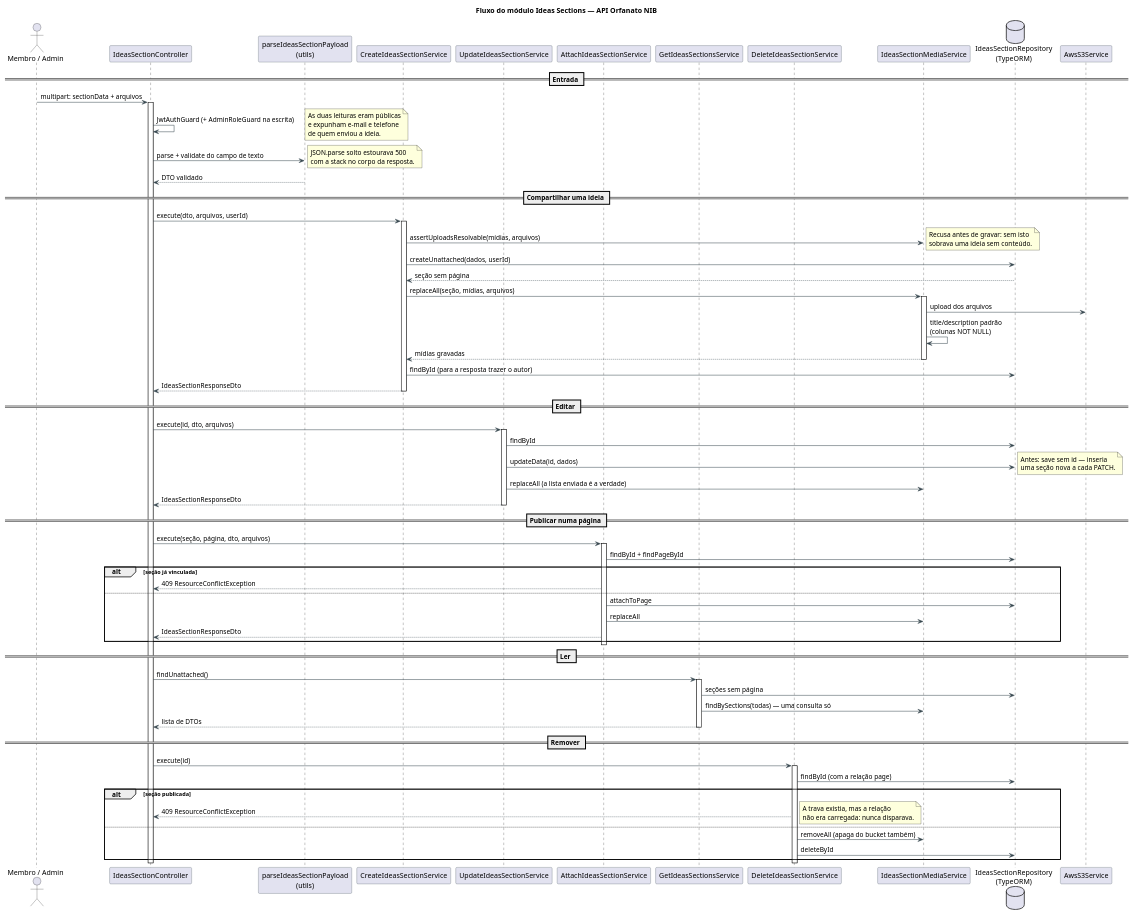
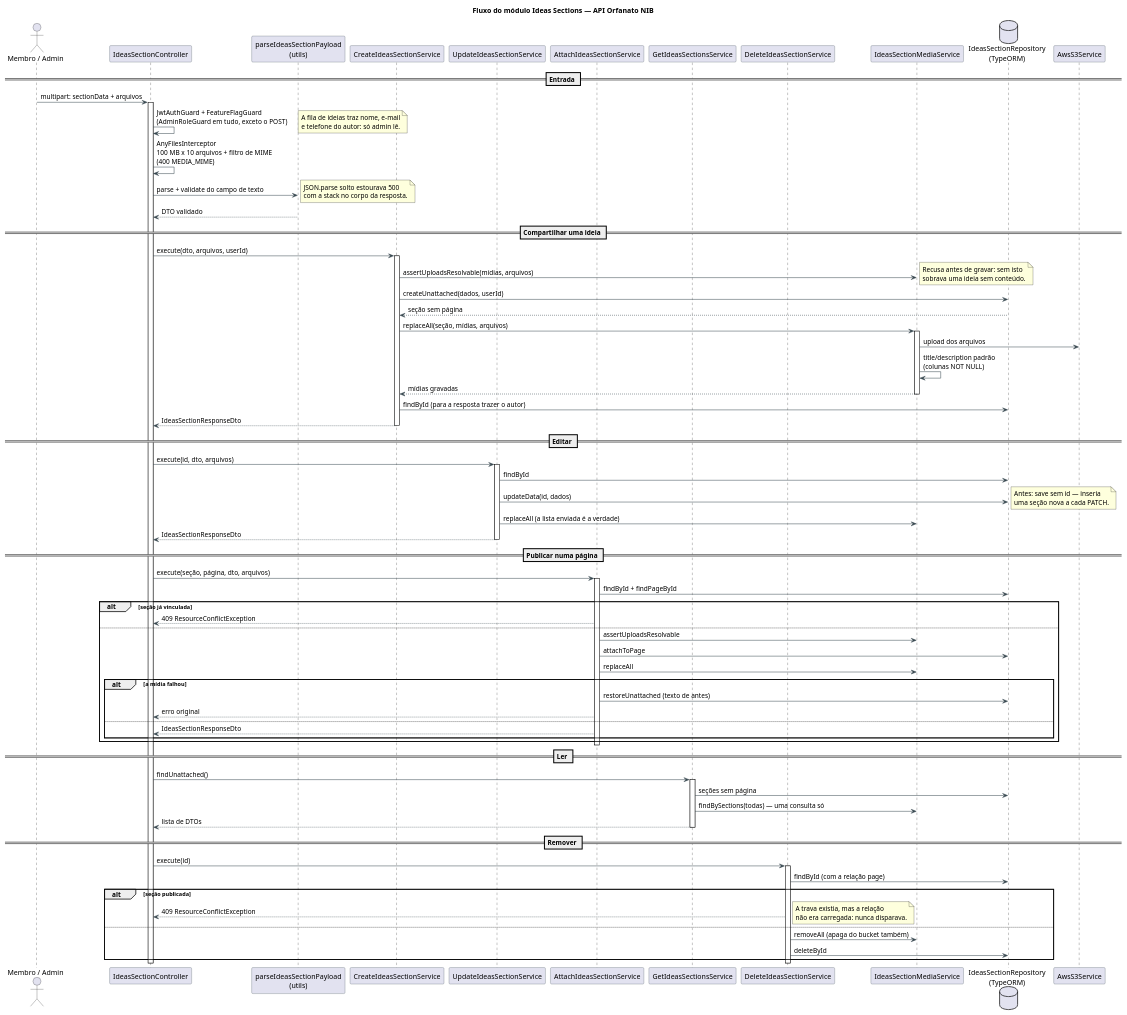
The diagram in docs/diagrams/flow/ideas-sections/ideas-sections-flow.puml (orfanatonib/orfanatonib-api), drawn with PlantUML before and after one commit. The commit also changed 111 other files, not shown here.

First line of the commit message:
feat(pages): conclui planos 30-34 (ideias, image-section, image/video/ideas page)

```diff
--- a/docs/diagrams/flow/ideas-sections/ideas-sections-flow.puml
+++ b/docs/diagrams/flow/ideas-sections/ideas-sections-flow.puml
@@ -1,108 +1,114 @@
 @startuml ideas-sections-flow
 title Fluxo do módulo Ideas Sections — API Orfanato NIB
 
 skinparam shadowing false
 skinparam defaultFontName Helvetica
 skinparam ArrowColor #37474F
 skinparam ParticipantBorderColor #37474F
 
 actor "Membro / Admin" as Client
 participant "IdeasSectionController" as Controller
 participant "parseIdeasSectionPayload\n(utils)" as Payload
 participant "CreateIdeasSectionService" as Create
 participant "UpdateIdeasSectionService" as Update
 participant "AttachIdeasSectionService" as Attach
 participant "GetIdeasSectionsService" as Get
 participant "DeleteIdeasSectionService" as Delete
 participant "IdeasSectionMediaService" as Media
 database "IdeasSectionRepository\n(TypeORM)" as Repo
 participant "AwsS3Service" as S3
 
 == Entrada ==
 Client -> Controller : multipart: sectionData + arquivos
 activate Controller
-Controller -> Controller : JwtAuthGuard (+ AdminRoleGuard na escrita)
+Controller -> Controller : JwtAuthGuard + FeatureFlagGuard\n(AdminRoleGuard em tudo, exceto o POST)
 note right
-  As duas leituras eram públicas
-  e expunham e-mail e telefone
-  de quem enviou a ideia.
+  A fila de ideias traz nome, e-mail
+  e telefone do autor: só admin lê.
 end note
+Controller -> Controller : AnyFilesInterceptor\n100 MB x 10 arquivos + filtro de MIME\n(400 MEDIA_MIME)
 Controller -> Payload : parse + validate do campo de texto
 note right
   JSON.parse solto estourava 500
   com a stack no corpo da resposta.
 end note
 Payload --> Controller : DTO validado
 
 == Compartilhar uma ideia ==
 Controller -> Create : execute(dto, arquivos, userId)
 activate Create
 Create -> Media : assertUploadsResolvable(mídias, arquivos)
 note right
   Recusa antes de gravar: sem isto
   sobrava uma ideia sem conteúdo.
 end note
 Create -> Repo : createUnattached(dados, userId)
 Repo --> Create : seção sem página
 Create -> Media : replaceAll(seção, mídias, arquivos)
 activate Media
 Media -> S3 : upload dos arquivos
 Media -> Media : title/description padrão\n(colunas NOT NULL)
 Media --> Create : mídias gravadas
 deactivate Media
 Create -> Repo : findById (para a resposta trazer o autor)
 Create --> Controller : IdeasSectionResponseDto
 deactivate Create
 
 == Editar ==
 Controller -> Update : execute(id, dto, arquivos)
 activate Update
 Update -> Repo : findById
 Update -> Repo : updateData(id, dados)
 note right
   Antes: save sem id — inseria
   uma seção nova a cada PATCH.
 end note
 Update -> Media : replaceAll (a lista enviada é a verdade)
 Update --> Controller : IdeasSectionResponseDto
 deactivate Update
 
 == Publicar numa página ==
 Controller -> Attach : execute(seção, página, dto, arquivos)
 activate Attach
 Attach -> Repo : findById + findPageById
 alt seção já vinculada
   Attach --> Controller : 409 ResourceConflictException
 else
+  Attach -> Media : assertUploadsResolvable
   Attach -> Repo : attachToPage
   Attach -> Media : replaceAll
-  Attach --> Controller : IdeasSectionResponseDto
+  alt a mídia falhou
+    Attach -> Repo : restoreUnattached (texto de antes)
+    Attach --> Controller : erro original
+  else
+    Attach --> Controller : IdeasSectionResponseDto
+  end
 end
 deactivate Attach
 
 == Ler ==
 Controller -> Get : findUnattached()
 activate Get
 Get -> Repo : seções sem página
 Get -> Media : findBySections(todas) — uma consulta só
 Get --> Controller : lista de DTOs
 deactivate Get
 
 == Remover ==
 Controller -> Delete : execute(id)
 activate Delete
 Delete -> Repo : findById (com a relação page)
 alt seção publicada
   Delete --> Controller : 409 ResourceConflictException
   note right
     A trava existia, mas a relação
     não era carregada: nunca disparava.
   end note
 else
   Delete -> Media : removeAll (apaga do bucket também)
   Delete -> Repo : deleteById
 end
 deactivate Delete
 deactivate Controller
 
 @enduml
```
